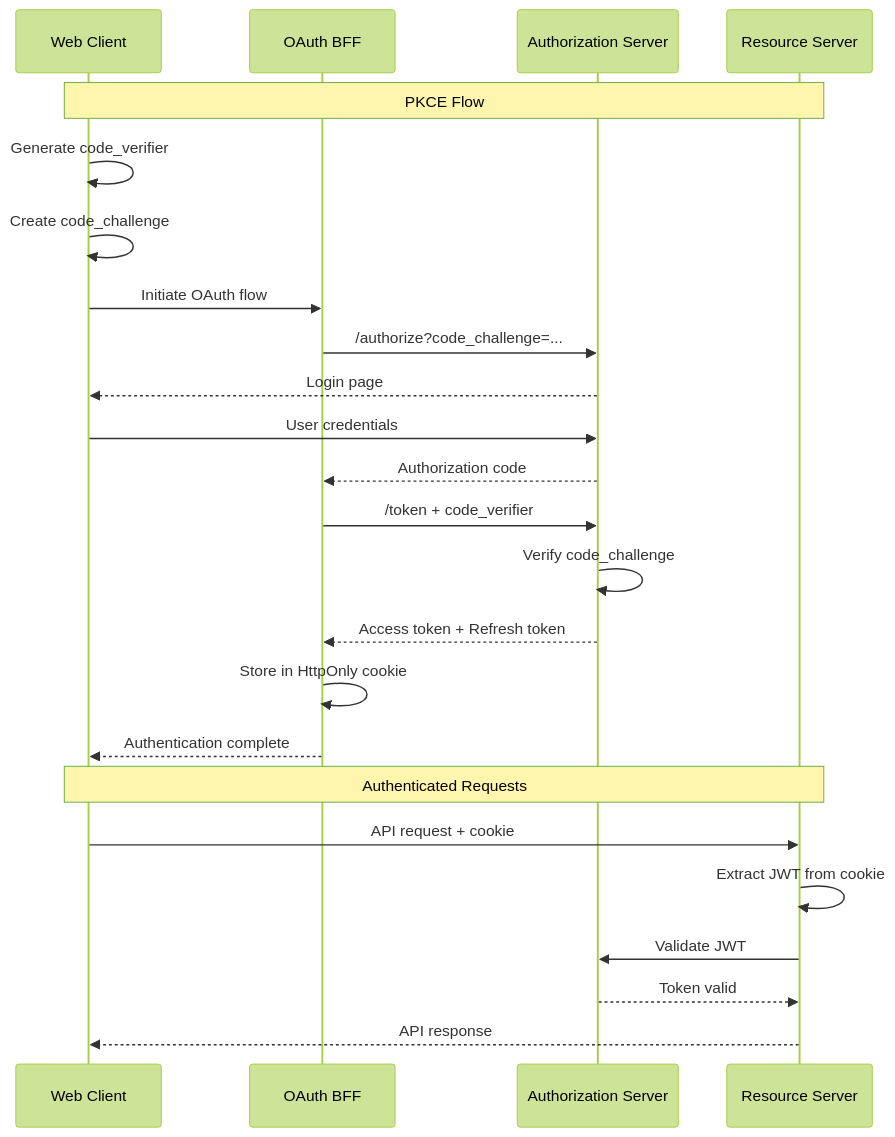
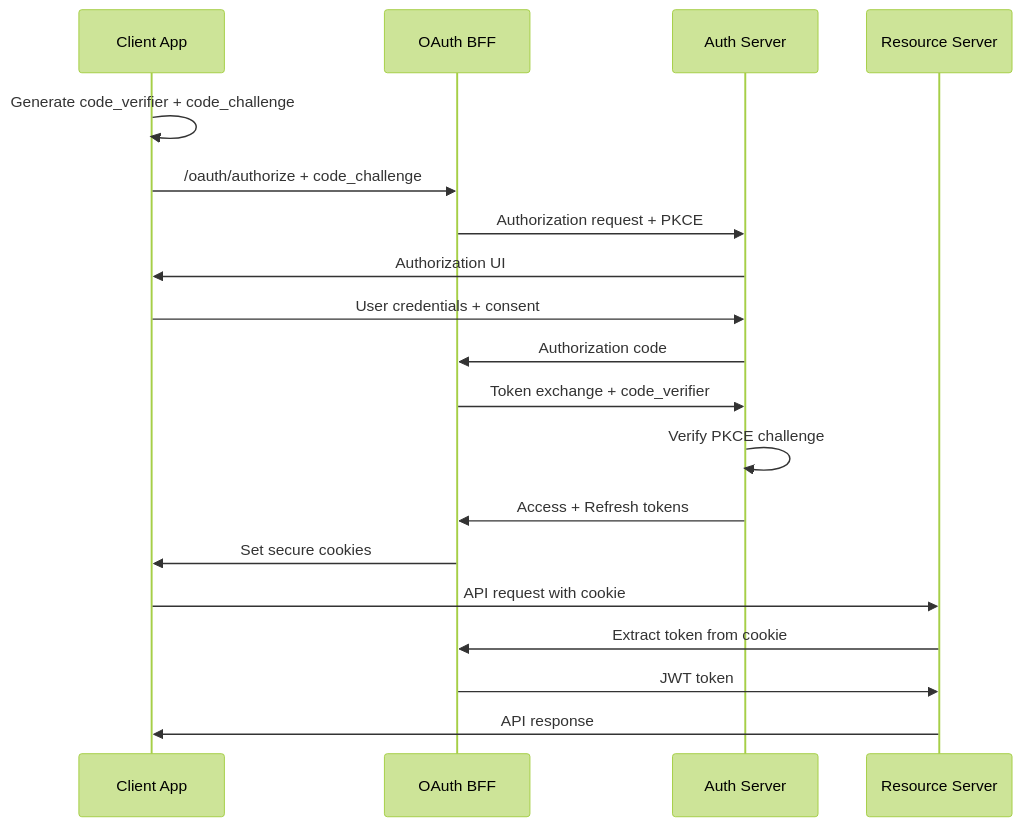
The third of 4 diagrams in docs/development/security/README.md (flamingo-stack/openframe-oss-lib), drawn with Mermaid (forest theme) before and after one commit. The commit also changed other lines of this file and 172 other files, not shown here.

````diff
--- a/docs/development/security/README.md
+++ b/docs/development/security/README.md
@@ -74,30 +135,22 @@
 ```mermaid
 sequenceDiagram
-    participant Client as Web Client
+    participant Client as Client App
     participant BFF as OAuth BFF
-    participant AuthServer as Authorization Server
-    participant Resource as Resource Server
+    participant AuthSrv as Auth Server
+    participant ResourceSrv as Resource Server
 
-    Note over Client, Resource: PKCE Flow
-    Client->>Client: Generate code_verifier
-    Client->>Client: Create code_challenge
-    
-    Client->>BFF: Initiate OAuth flow
-    BFF->>AuthServer: /authorize?code_challenge=...
-    AuthServer-->>Client: Login page
-    Client->>AuthServer: User credentials
-    AuthServer-->>BFF: Authorization code
-    
-    BFF->>AuthServer: /token + code_verifier
-    AuthServer->>AuthServer: Verify code_challenge
-    AuthServer-->>BFF: Access token + Refresh token
-    BFF->>BFF: Store in HttpOnly cookie
-    BFF-->>Client: Authentication complete
-    
-    Note over Client, Resource: Authenticated Requests
-    Client->>Resource: API request + cookie
-    Resource->>Resource: Extract JWT from cookie
-    Resource->>AuthServer: Validate JWT
-    AuthServer-->>Resource: Token valid
-    Resource-->>Client: API response
+    Client->>Client: Generate code_verifier + code_challenge
+    Client->>BFF: /oauth/authorize + code_challenge
+    BFF->>AuthSrv: Authorization request + PKCE
+    AuthSrv->>Client: Authorization UI
+    Client->>AuthSrv: User credentials + consent
+    AuthSrv->>BFF: Authorization code
+    BFF->>AuthSrv: Token exchange + code_verifier
+    AuthSrv->>AuthSrv: Verify PKCE challenge
+    AuthSrv->>BFF: Access + Refresh tokens
+    BFF->>Client: Set secure cookies
+    Client->>ResourceSrv: API request with cookie
+    ResourceSrv->>BFF: Extract token from cookie
+    BFF->>ResourceSrv: JWT token
+    ResourceSrv->>Client: API response
 ```
````
